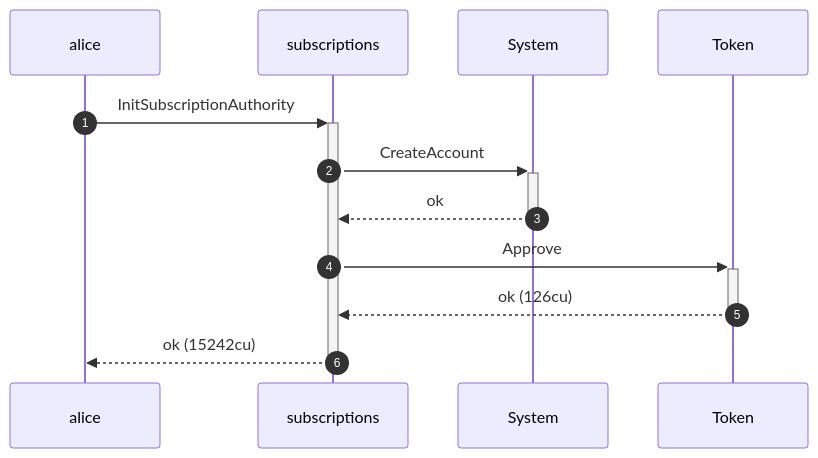
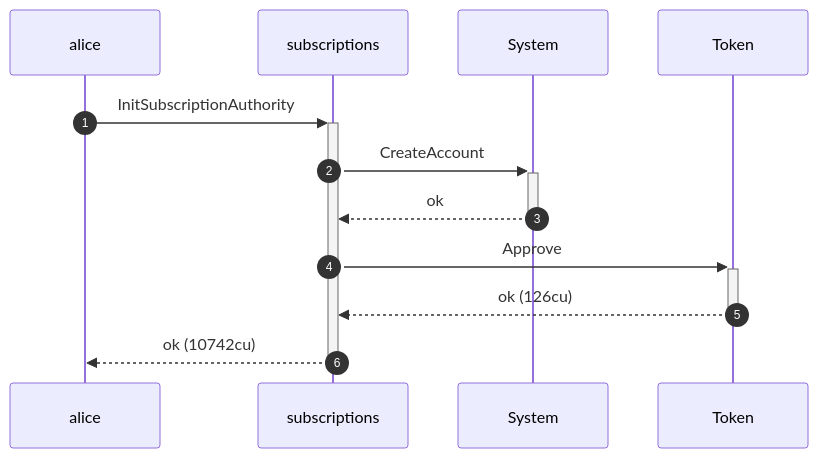
One commit to cds-rs/subscriptions changed the tenth of 12 diagrams in dsl_tests/subscribe-rejects-a-mint-mismatch.md. Above: the diagram before and after it, drawn with Mermaid. The commit also changed other lines of this file and 224 other files, not shown here.

````diff
--- a/dsl_tests/subscribe-rejects-a-mint-mismatch.md
+++ b/dsl_tests/subscribe-rejects-a-mint-mismatch.md
@@ -190,14 +199,14 @@
 ```mermaid
 sequenceDiagram
     autonumber
     participant alice
     participant subscriptions
     participant System
     participant Token
     alice ->>+ subscriptions: InitSubscriptionAuthority
     subscriptions ->>+ System: CreateAccount
     System -->>- subscriptions: ok
     subscriptions ->>+ Token: Approve
     Token -->>- subscriptions: ok (126cu)
-    subscriptions -->>- alice: ok (15242cu)
+    subscriptions -->>- alice: ok (10742cu)
 ```
````
